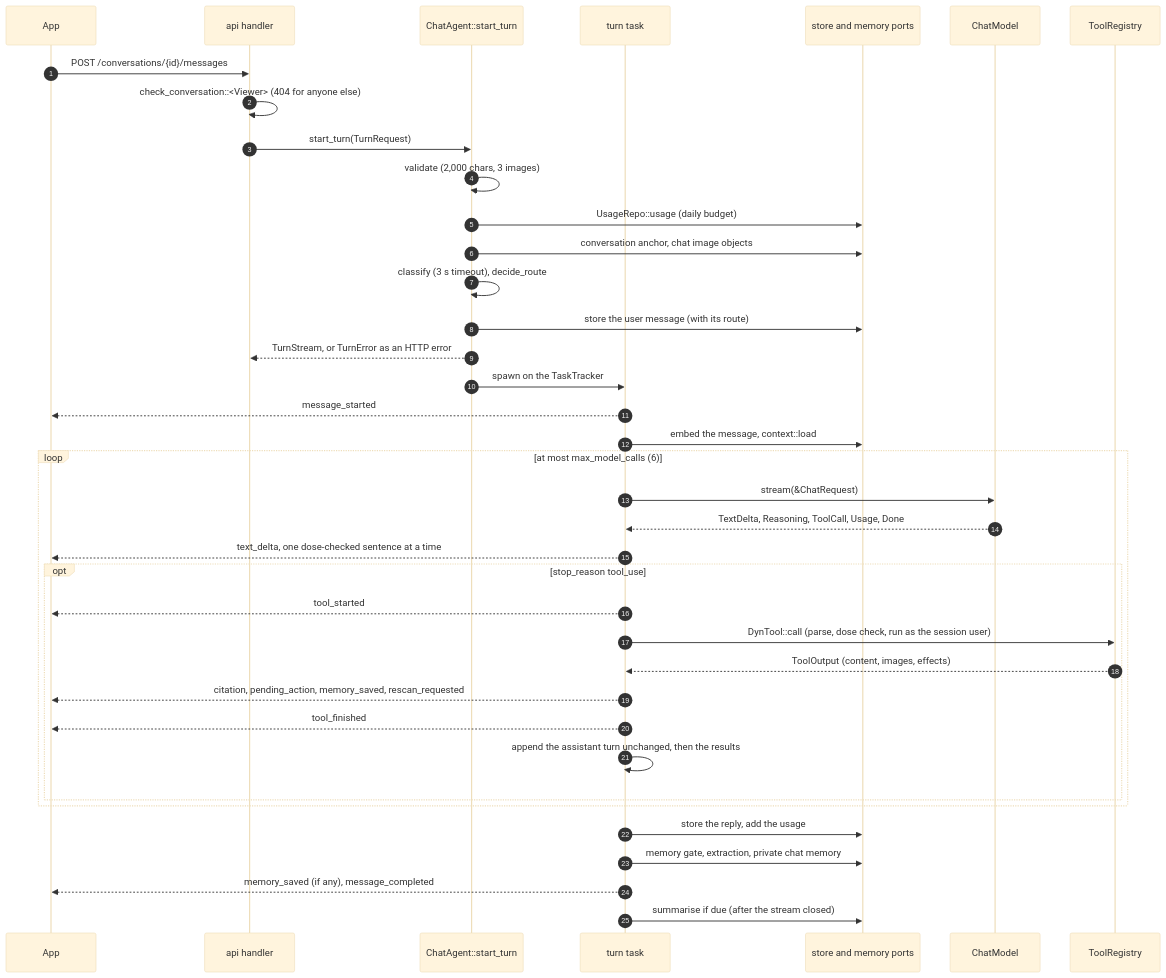
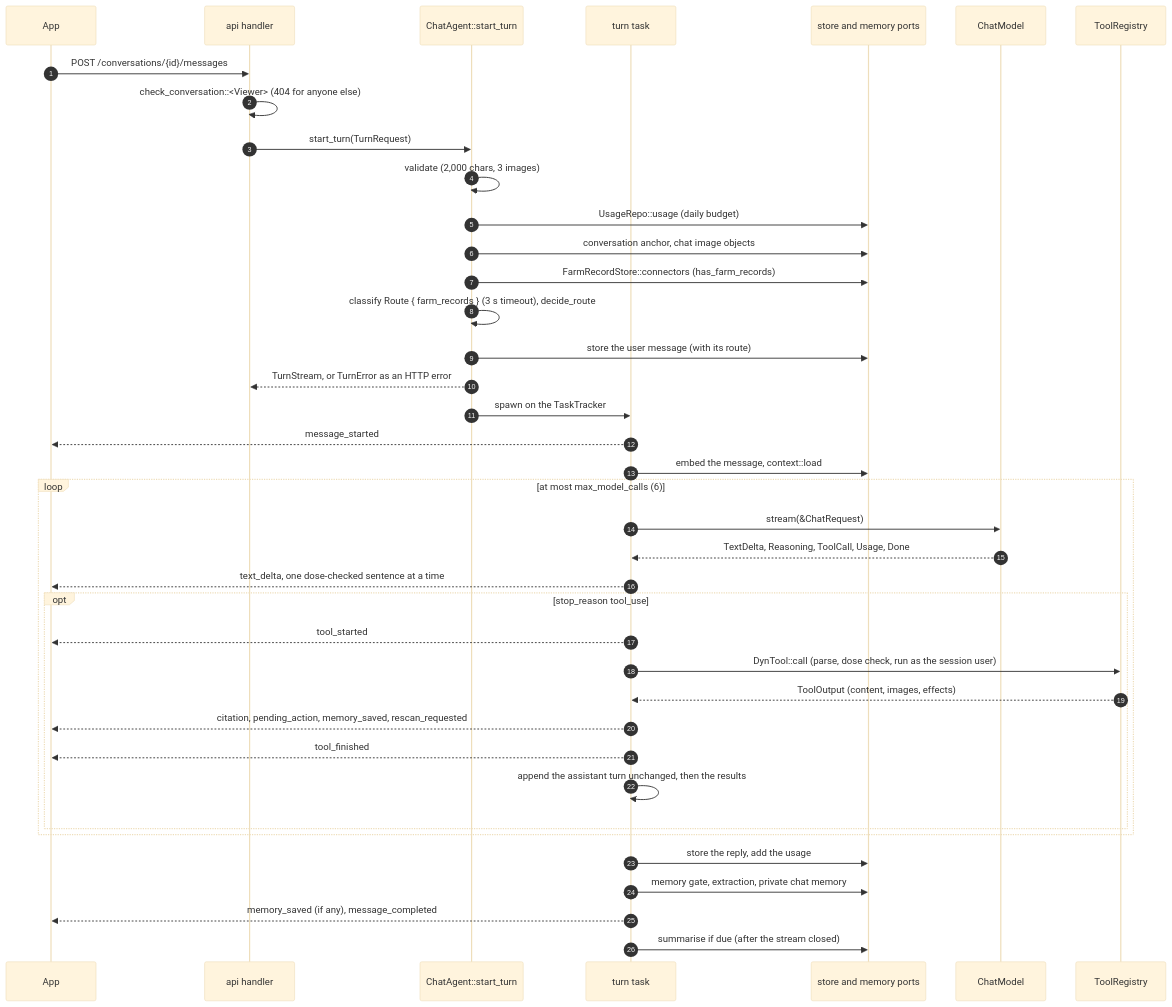
One commit to aacruzgon/GreenLens changed the diagram in docs/backend/agent.md. Above: the diagram before and after it, drawn with Mermaid (base theme). The commit also changed other lines of this file and 14 other files, not shown here.

````diff
--- a/docs/backend/agent.md
+++ b/docs/backend/agent.md
@@ -2318,40 +2351,41 @@
 ```mermaid
 sequenceDiagram
     autonumber
     participant App
     participant Api as api handler
     participant Agent as ChatAgent::start_turn
     participant Task as turn task
     participant Store as store and memory ports
     participant Model as ChatModel
     participant Tools as ToolRegistry
     App->>Api: POST /conversations/{id}/messages
     Api->>Api: check_conversation::<Viewer> (404 for anyone else)
     Api->>Agent: start_turn(TurnRequest)
     Agent->>Agent: validate (2,000 chars, 3 images)
     Agent->>Store: UsageRepo::usage (daily budget)
     Agent->>Store: conversation anchor, chat image objects
-    Agent->>Agent: classify (3 s timeout), decide_route
+    Agent->>Store: FarmRecordStore::connectors (has_farm_records)
+    Agent->>Agent: classify Route { farm_records } (3 s timeout), decide_route
     Agent->>Store: store the user message (with its route)
     Agent-->>Api: TurnStream, or TurnError as an HTTP error
     Agent->>Task: spawn on the TaskTracker
     Task-->>App: message_started
     Task->>Store: embed the message, context::load
     loop at most max_model_calls (6)
         Task->>Model: stream(&ChatRequest)
         Model-->>Task: TextDelta, Reasoning, ToolCall, Usage, Done
         Task-->>App: text_delta, one dose-checked sentence at a time
         opt stop_reason tool_use
             Task-->>App: tool_started
             Task->>Tools: DynTool::call (parse, dose check, run as the session user)
             Tools-->>Task: ToolOutput (content, images, effects)
             Task-->>App: citation, pending_action, memory_saved, rescan_requested
             Task-->>App: tool_finished
             Task->>Task: append the assistant turn unchanged, then the results
         end
     end
     Task->>Store: store the reply, add the usage
     Task->>Store: memory gate, extraction, private chat memory
     Task-->>App: memory_saved (if any), message_completed
     Task->>Store: summarise if due (after the stream closed)
 ```
````
